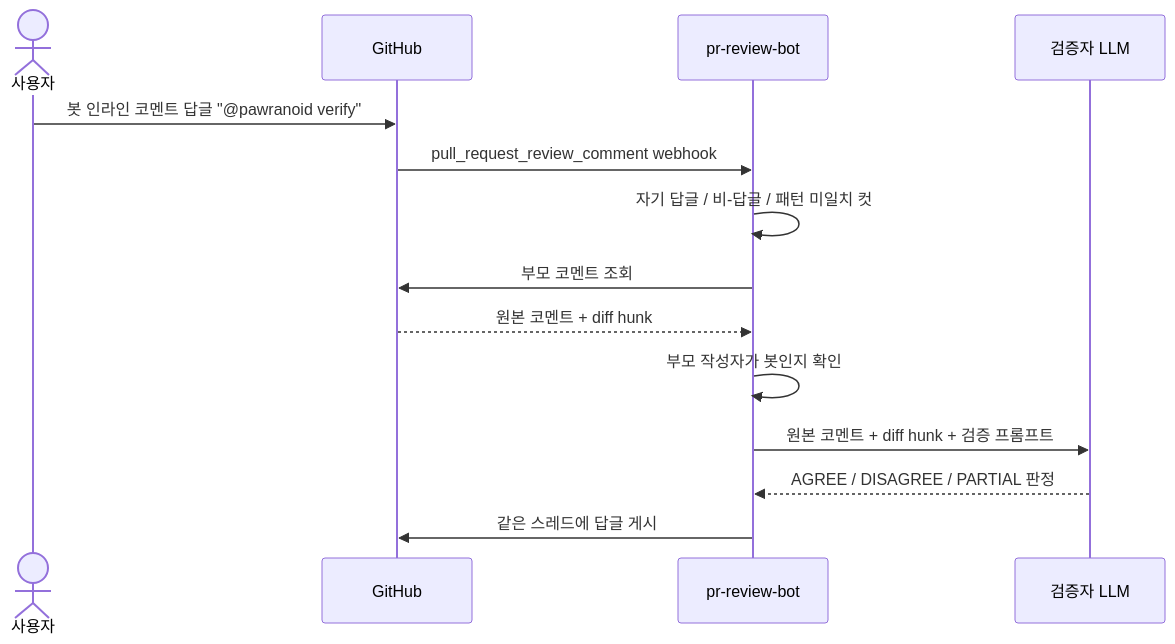
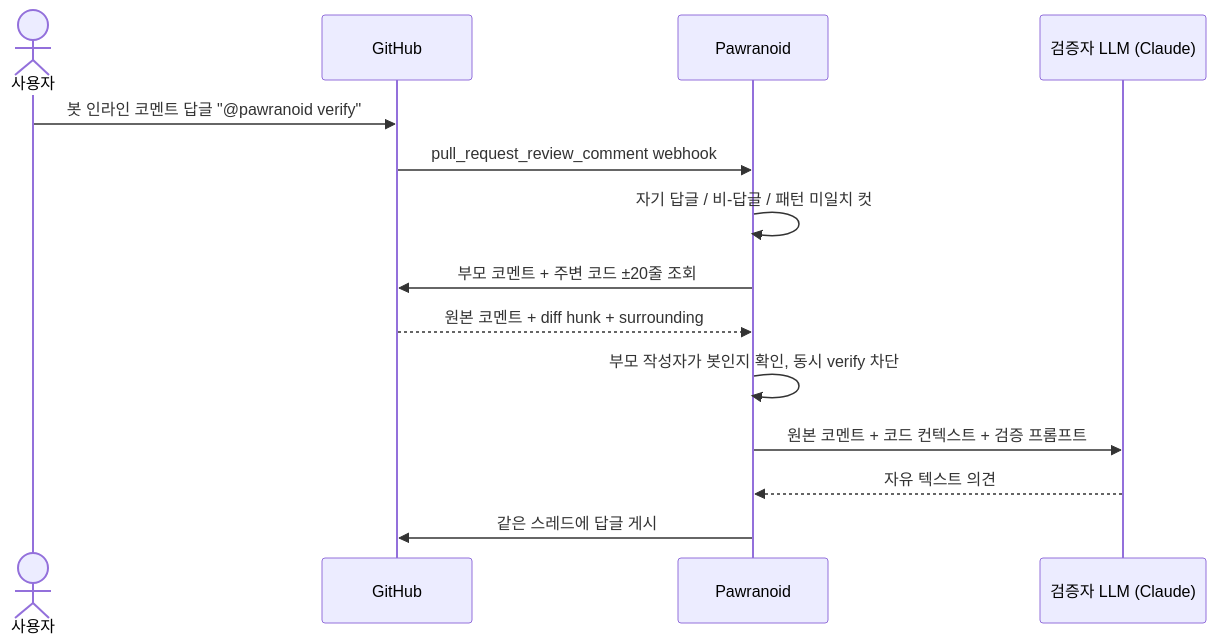
Before and after one commit to lsngmin/pr-review-bot: the second of 2 diagrams in README.md, drawn with Mermaid. The commit also changed other lines of this file, not shown here.

````diff
--- a/README.md
+++ b/README.md
@@ -59,17 +73,17 @@
 ```mermaid
 sequenceDiagram
     actor User as 사용자
     participant GH as GitHub
-    participant Bot as pr-review-bot
-    participant LLM as 검증자 LLM
+    participant Bot as Pawranoid
+    participant LLM as 검증자 LLM (Claude)
 
     User->>GH: 봇 인라인 코멘트 답글 "@pawranoid verify"
     GH->>Bot: pull_request_review_comment webhook
     Bot->>Bot: 자기 답글 / 비-답글 / 패턴 미일치 컷
-    Bot->>GH: 부모 코멘트 조회
-    GH-->>Bot: 원본 코멘트 + diff hunk
-    Bot->>Bot: 부모 작성자가 봇인지 확인
-    Bot->>LLM: 원본 코멘트 + diff hunk + 검증 프롬프트
-    LLM-->>Bot: AGREE / DISAGREE / PARTIAL 판정
+    Bot->>GH: 부모 코멘트 + 주변 코드 ±20줄 조회
+    GH-->>Bot: 원본 코멘트 + diff hunk + surrounding
+    Bot->>Bot: 부모 작성자가 봇인지 확인, 동시 verify 차단
+    Bot->>LLM: 원본 코멘트 + 코드 컨텍스트 + 검증 프롬프트
+    LLM-->>Bot: 자유 텍스트 의견
     Bot->>GH: 같은 스레드에 답글 게시
 ```
````
